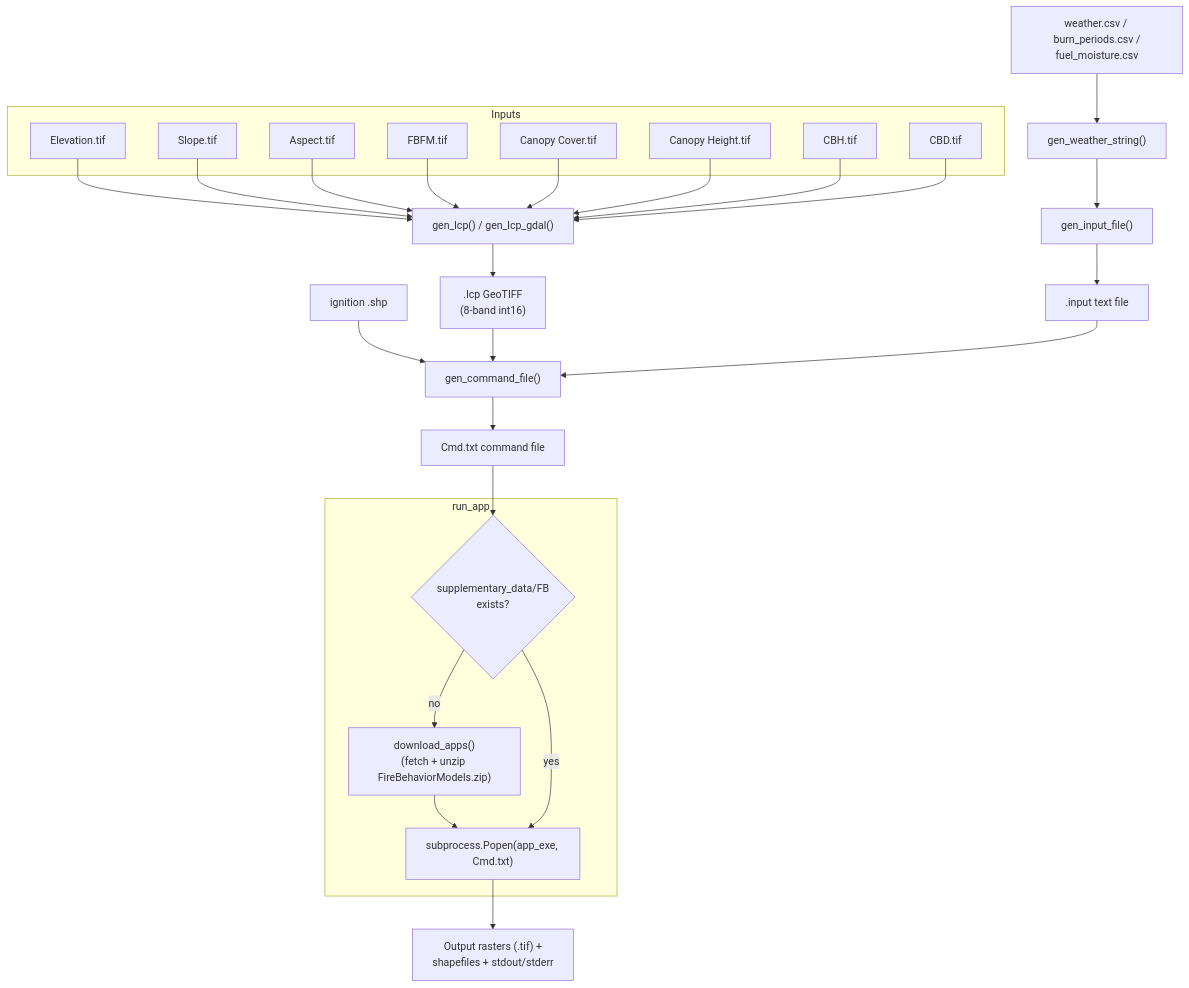
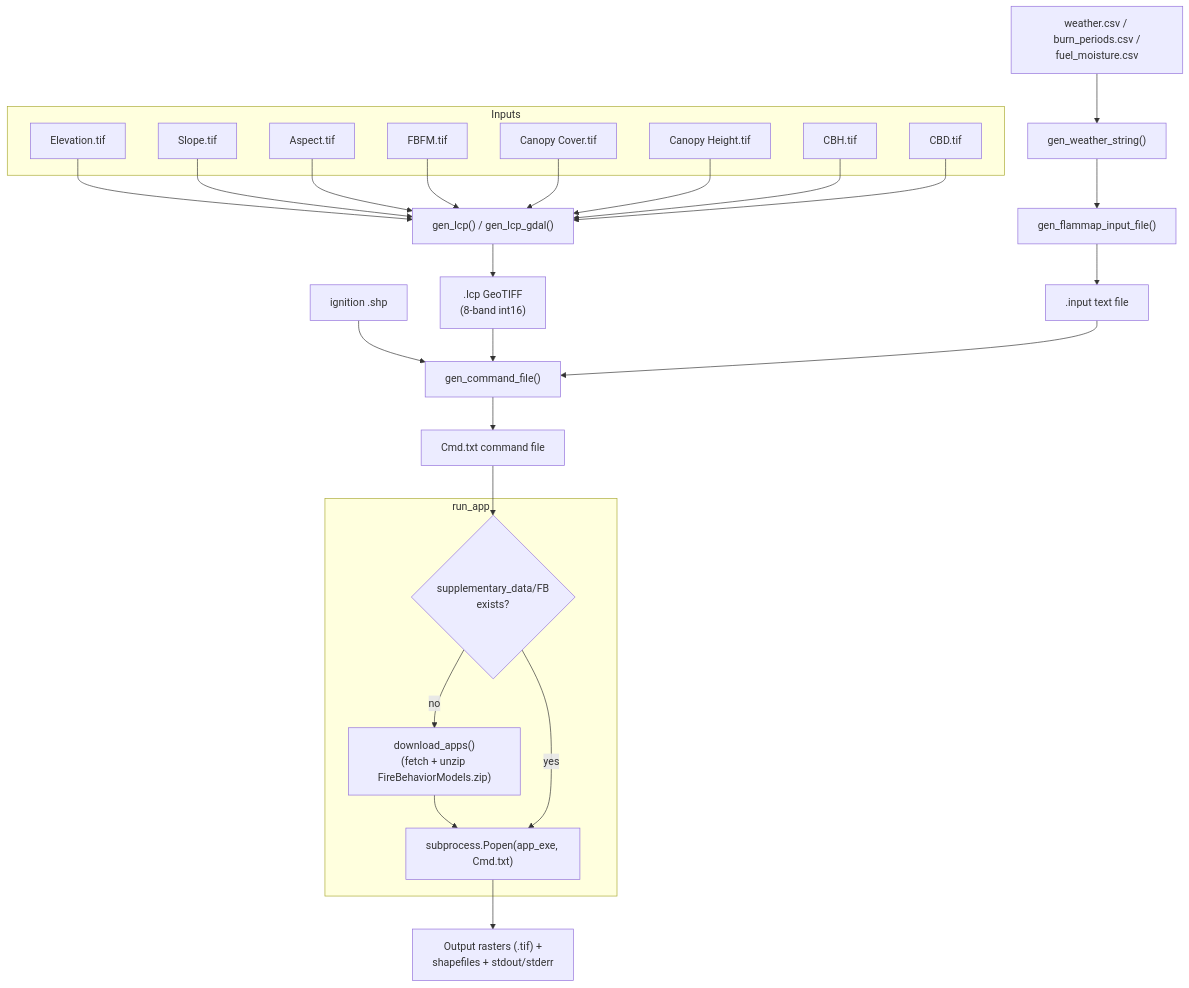
The diagram in docs/CODEBASE.md (gagreene/US_FireModelling_Automation), drawn with Mermaid before and after one commit. The commit also changed other lines of this file and 7 other files, not shown here.

````diff
--- a/docs/CODEBASE.md
+++ b/docs/CODEBASE.md
@@ -62,35 +63,35 @@
 ```mermaid
 flowchart TD
     subgraph Inputs
         R1[Elevation.tif]
         R2[Slope.tif]
         R3[Aspect.tif]
         R4[FBFM.tif]
         R5[Canopy Cover.tif]
         R6[Canopy Height.tif]
         R7[CBH.tif]
         R8[CBD.tif]
     end
 
     R1 & R2 & R3 & R4 & R5 & R6 & R7 & R8 --> GENLCP["gen_lcp() / gen_lcp_gdal()"]
     GENLCP --> LCP[".lcp GeoTIFF\n(8-band int16)"]
 
     WX["weather.csv / burn_periods.csv /\nfuel_moisture.csv"] --> GWS["gen_weather_string()"]
-    GWS --> GIF["gen_input_file()"]
+    GWS --> GIF["gen_flammap_input_file()"]
     GIF --> INPUT[".input text file"]
 
     IGN["ignition .shp"] --> GCF["gen_command_file()"]
     LCP --> GCF
     INPUT --> GCF
     GCF --> CMD["Cmd.txt command file"]
 
     subgraph run_app
         CHECK{"supplementary_data/FB\nexists?"}
         CHECK -- no --> DL["download_apps()\n(fetch + unzip FireBehaviorModels.zip)"]
         DL --> EXE
         CHECK -- yes --> EXE["subprocess.Popen(app_exe, Cmd.txt)"]
     end
 
     CMD --> CHECK
     EXE --> OUT["Output rasters (.tif) +\nshapefiles + stdout/stderr"]
 ```
````
